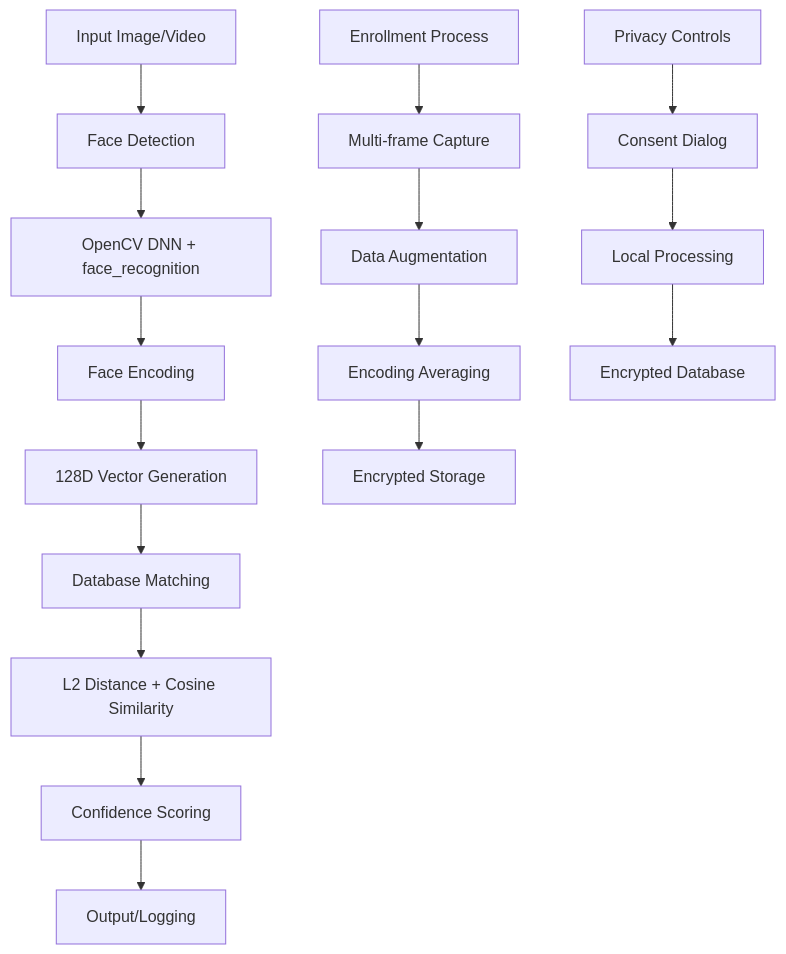
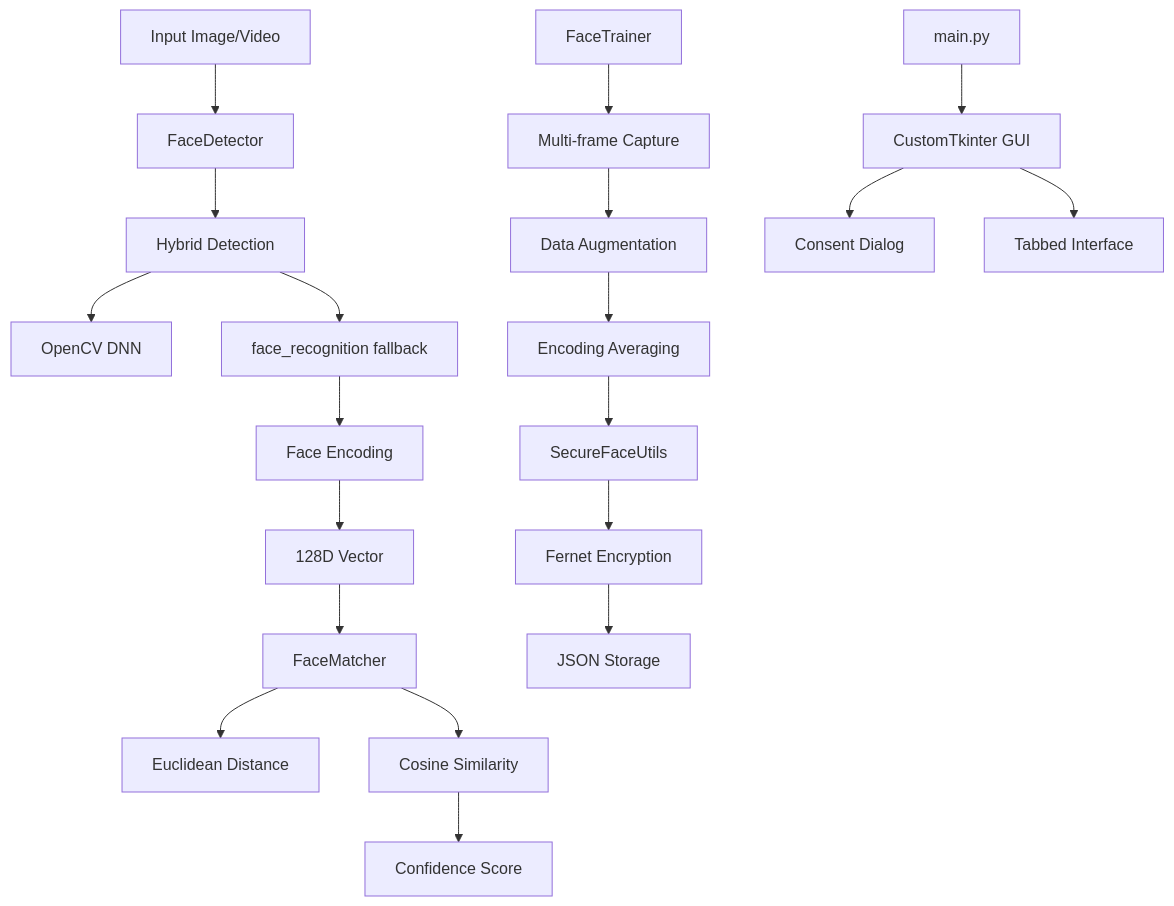
Before and after one commit to 727aps/RecogFace: the diagram in README.md, drawn with Mermaid. The commit also changed other lines of this file, not shown here.

````diff
--- a/README.md
+++ b/README.md
@@ -25,20 +19,24 @@
 ```mermaid
 graph TD
-    A[Input Image/Video] --> B[Face Detection]
-    B --> C[OpenCV DNN + face_recognition]
-    C --> D[Face Encoding]
-    D --> E[128D Vector Generation]
-    E --> F[Database Matching]
-    F --> G[L2 Distance + Cosine Similarity]
-    G --> H[Confidence Scoring]
-    H --> I[Output/Logging]
+    A[Input Image/Video] --> B[FaceDetector]
+    B --> C[Hybrid Detection]
+    C --> D[OpenCV DNN]
+    C --> E[face_recognition fallback]
+    E --> F[Face Encoding]
+    F --> G[128D Vector]
+    G --> H[FaceMatcher]
+    H --> I[Euclidean Distance]
+    H --> J[Cosine Similarity]
+    J --> K[Confidence Score]
 
-    J[Enrollment Process] --> K[Multi-frame Capture]
-    K --> L[Data Augmentation]
-    L --> M[Encoding Averaging]
-    M --> N[Encrypted Storage]
+    L[FaceTrainer] --> M[Multi-frame Capture]
+    M --> N[Data Augmentation]
+    N --> O[Encoding Averaging]
+    O --> P[SecureFaceUtils]
+    P --> Q[Fernet Encryption]
+    Q --> R[JSON Storage]
 
-    O[Privacy Controls] --> P[Consent Dialog]
-    P --> Q[Local Processing]
-    Q --> R[Encrypted Database]
+    S[main.py] --> T[CustomTkinter GUI]
+    T --> U[Consent Dialog]
+    T --> V[Tabbed Interface]
 ```
````
